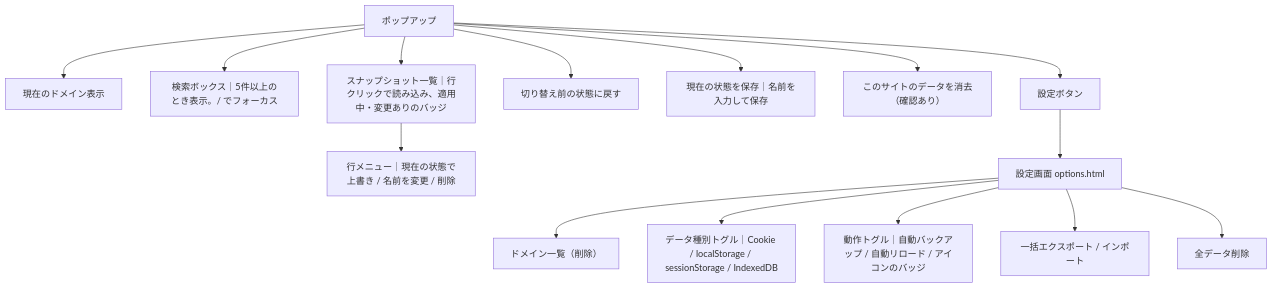
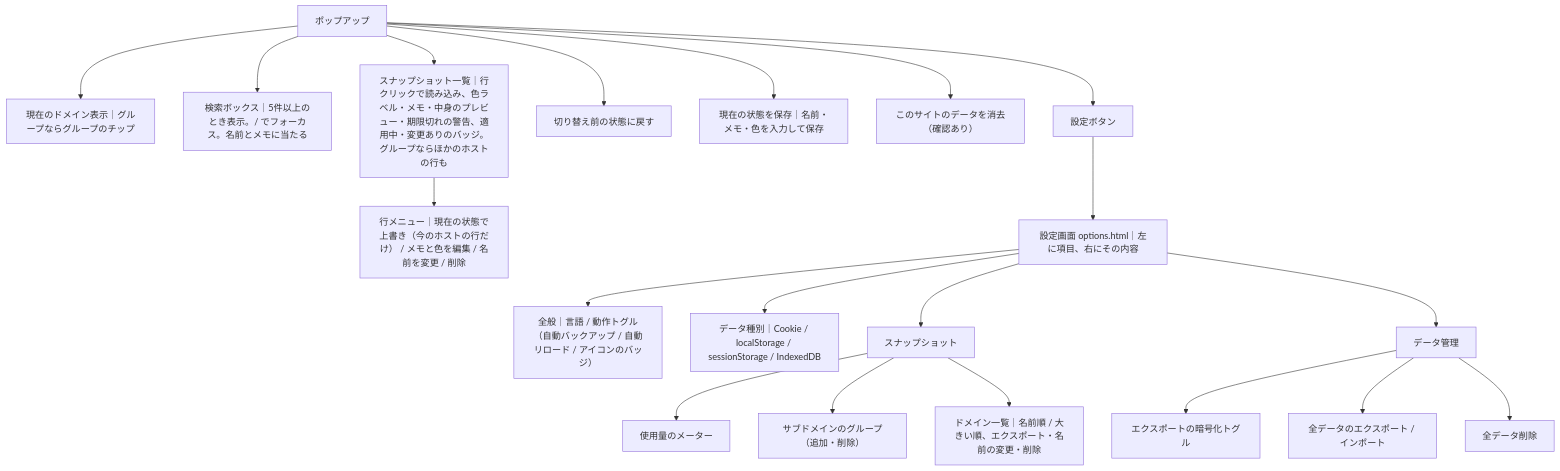
One commit to istb16/switch-browser-data-extension changed the first of 2 diagrams in CLAUDE.md. Above: the diagram before and after it, drawn with Mermaid. The commit also changed other lines of this file and 13 other files, not shown here.

````diff
--- a/CLAUDE.md
+++ b/CLAUDE.md
@@ -48,19 +75,24 @@
 ```mermaid
 graph TD
   popup["ポップアップ"]
-  popup --> domain["現在のドメイン表示"]
-  popup --> search["検索ボックス｜5件以上のとき表示。/ でフォーカス"]
-  popup --> list["スナップショット一覧｜行クリックで読み込み、適用中・変更ありのバッジ"]
-  list --> row_menu["行メニュー｜現在の状態で上書き / 名前を変更 / 削除"]
+  popup --> domain["現在のドメイン表示｜グループならグループのチップ"]
+  popup --> search["検索ボックス｜5件以上のとき表示。/ でフォーカス。名前とメモに当たる"]
+  popup --> list["スナップショット一覧｜行クリックで読み込み、色ラベル・メモ・中身のプレビュー・期限切れの警告、適用中・変更ありのバッジ。グループならほかのホストの行も"]
+  list --> row_menu["行メニュー｜現在の状態で上書き（今のホストの行だけ） / メモと色を編集 / 名前を変更 / 削除"]
   popup --> undo["切り替え前の状態に戻す"]
-  popup --> save["現在の状態を保存｜名前を入力して保存"]
+  popup --> save["現在の状態を保存｜名前・メモ・色を入力して保存"]
   popup --> clear_site["このサイトのデータを消去（確認あり）"]
   popup --> settings_btn["設定ボタン"]
-  settings_btn --> options["設定画面 options.html"]
+  settings_btn --> options["設定画面 options.html｜左に項目、右にその内容"]
 
-  options --> domain_list["ドメイン一覧（削除）"]
-  options --> toggles["データ種別トグル｜Cookie / localStorage / sessionStorage / IndexedDB"]
-  options --> behavior["動作トグル｜自動バックアップ / 自動リロード / アイコンのバッジ"]
-  options --> export_import["一括エクスポート / インポート"]
-  options --> clear["全データ削除"]
+  options --> general["全般｜言語 / 動作トグル（自動バックアップ / 自動リロード / アイコンのバッジ）"]
+  options --> toggles["データ種別｜Cookie / localStorage / sessionStorage / IndexedDB"]
+  options --> snapshots_pane["スナップショット"]
+  snapshots_pane --> meter["使用量のメーター"]
+  snapshots_pane --> groups["サブドメインのグループ（追加・削除）"]
+  snapshots_pane --> domain_list["ドメイン一覧｜名前順 / 大きい順、エクスポート・名前の変更・削除"]
+  options --> data_pane["データ管理"]
+  data_pane --> encrypt["エクスポートの暗号化トグル"]
+  data_pane --> export_import["全データのエクスポート / インポート"]
+  data_pane --> clear["全データ削除"]
 ```
````
